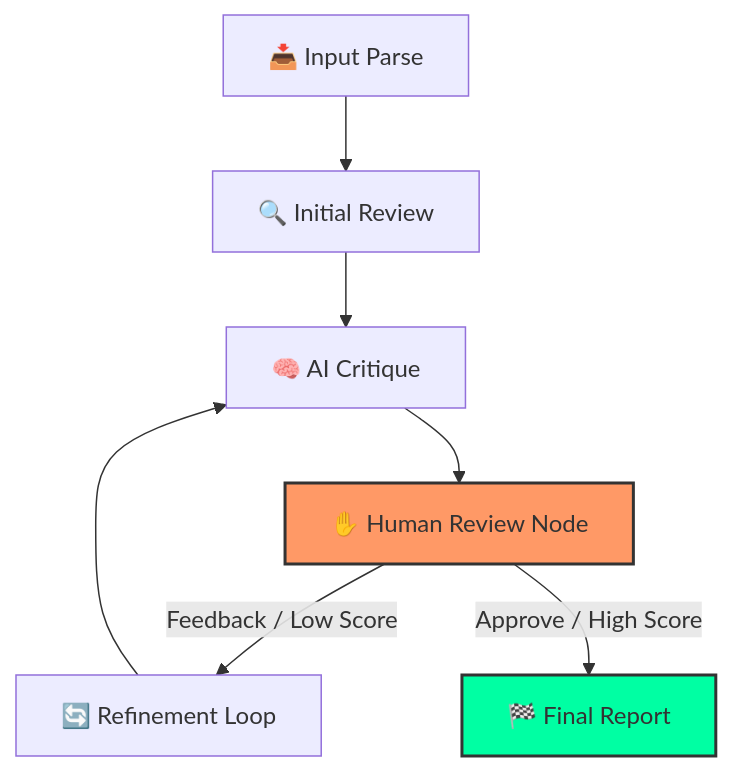
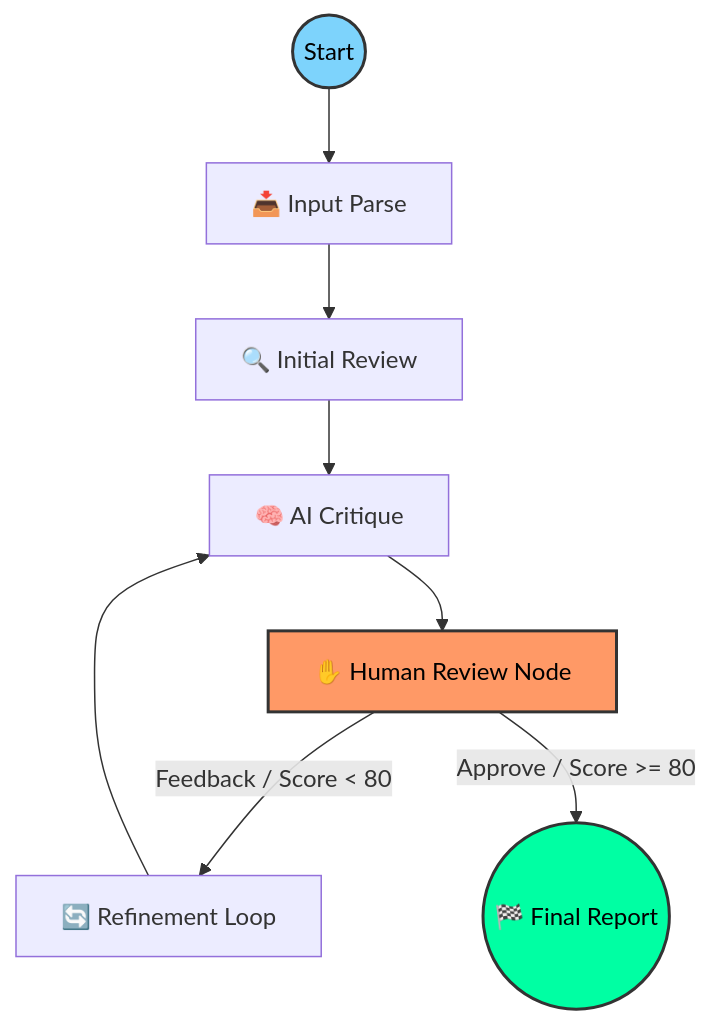
Before and after one commit to naveensingh-dev/GitMind: the diagram in README.md, drawn with Mermaid. The commit also changed other lines of this file, not shown here.

Commit message:
docs: significantly enhance README with technical architecture and API details

````diff
--- a/README.md
+++ b/README.md
@@ -32,12 +32,16 @@
 ```mermaid
 graph TD
-    A[📥 Input Parse] --> B[🔍 Initial Review]
-    B --> C[🧠 AI Critique]
-    C --> D[✋ Human Review Node]
-    D -->|Feedback / Low Score| E[🔄 Refinement Loop]
-    E --> C
-    D -->|Approve / High Score| F[🏁 Final Report]
+    Start((Start)) --> Input[📥 Input Parse]
+    Input --> Review[🔍 Initial Review]
+    Review --> Critique[🧠 AI Critique]
+    Critique --> HITL[✋ Human Review Node]
     
-    style D fill:#f96,stroke:#333,stroke-width:2px
-    style F fill:#00ffa3,stroke:#333,stroke-width:2px
+    HITL -- "Feedback / Score < 80" --> Refine[🔄 Refinement Loop]
+    Refine --> Critique
+    
+    HITL -- "Approve / Score >= 80" --> End((🏁 Final Report))
+    
+    style HITL fill:#f96,stroke:#333,stroke-width:2px,color:#000
+    style End fill:#00ffa3,stroke:#333,stroke-width:2px,color:#000
+    style Start fill:#7dd3fc,stroke:#333,stroke-width:2px,color:#000
 ```
````
